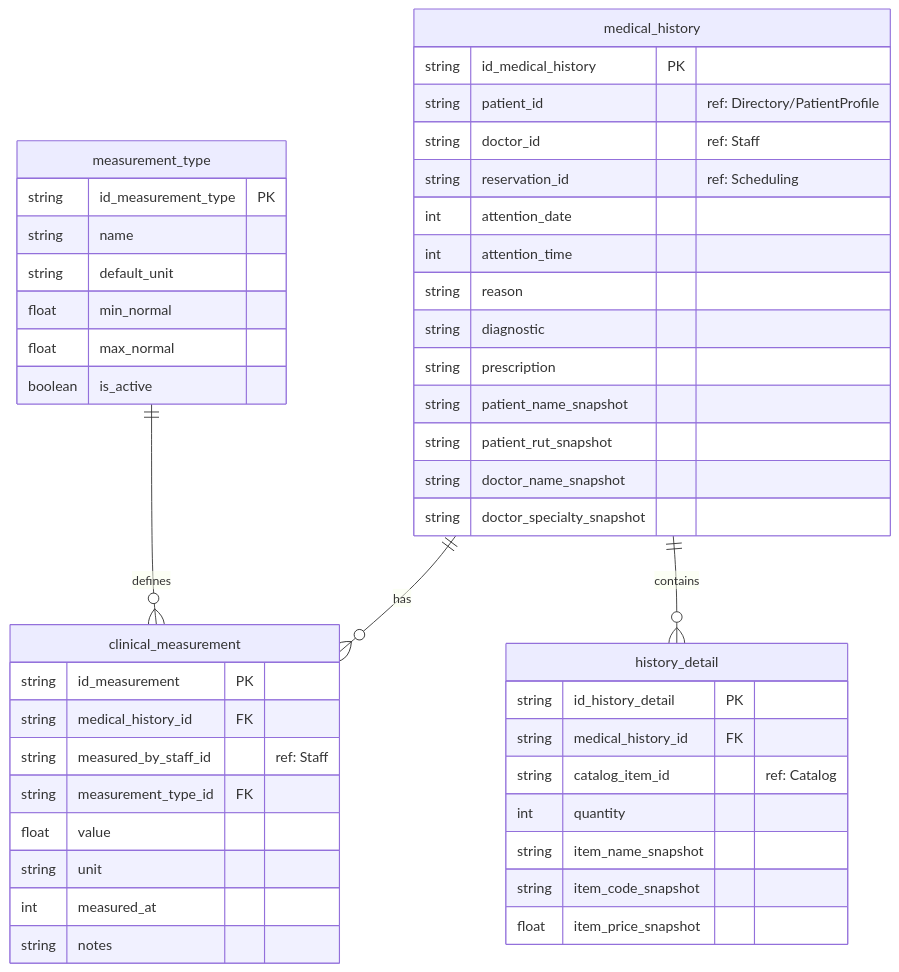
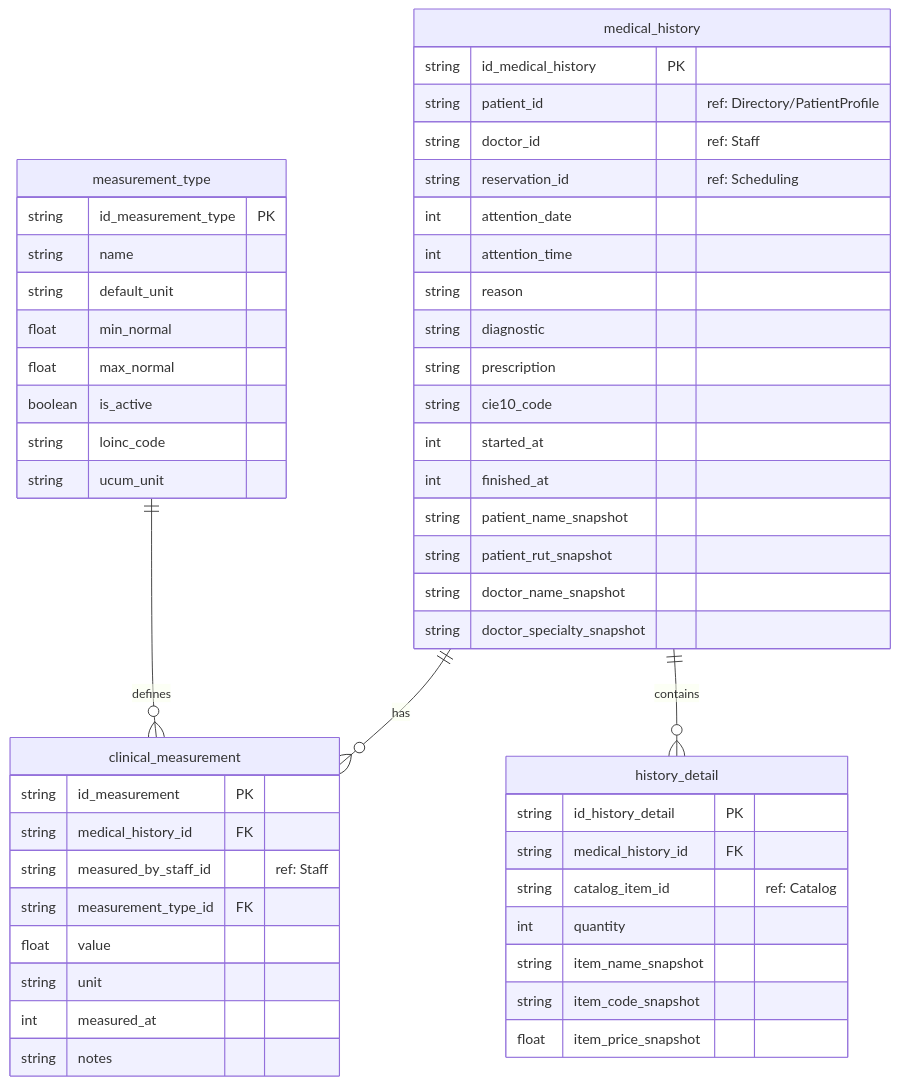
The diagram in docs/diagrams/database.md (veltylabs/clinical-encounter), drawn with Mermaid before and after one commit. The commit also changed 16 other files, not shown here.

````diff
--- a/docs/diagrams/database.md
+++ b/docs/diagrams/database.md
@@ -1,52 +1,57 @@
 ```mermaid
 erDiagram
     medical_history {
         string id_medical_history PK
         string patient_id "ref: Directory/PatientProfile"
         string doctor_id "ref: Staff"
         string reservation_id "ref: Scheduling"
         int attention_date
         int attention_time
         string reason
         string diagnostic
         string prescription
+        string cie10_code
+        int started_at
+        int finished_at
         string patient_name_snapshot
         string patient_rut_snapshot
         string doctor_name_snapshot
         string doctor_specialty_snapshot
     }
 
     measurement_type {
         string id_measurement_type PK
         string name
         string default_unit
         float min_normal
         float max_normal
         boolean is_active
+        string loinc_code
+        string ucum_unit
     }
 
     clinical_measurement {
         string id_measurement PK
         string medical_history_id FK
         string measured_by_staff_id "ref: Staff"
         string measurement_type_id FK
         float value
         string unit
         int measured_at
         string notes
     }
 
     history_detail {
         string id_history_detail PK
         string medical_history_id FK
         string catalog_item_id "ref: Catalog"
         int quantity
         string item_name_snapshot
         string item_code_snapshot
         float item_price_snapshot
     }
 
     medical_history ||--o{ clinical_measurement : "has"
     measurement_type ||--o{ clinical_measurement : "defines"
     medical_history ||--o{ history_detail : "contains"
 ```
````
